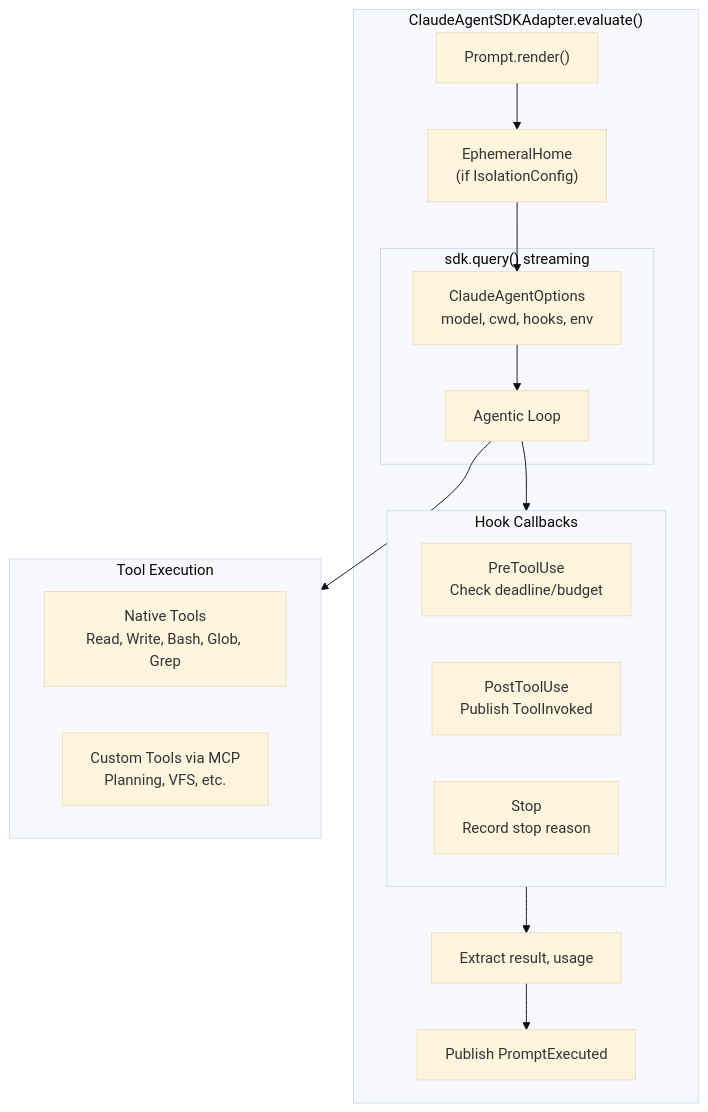
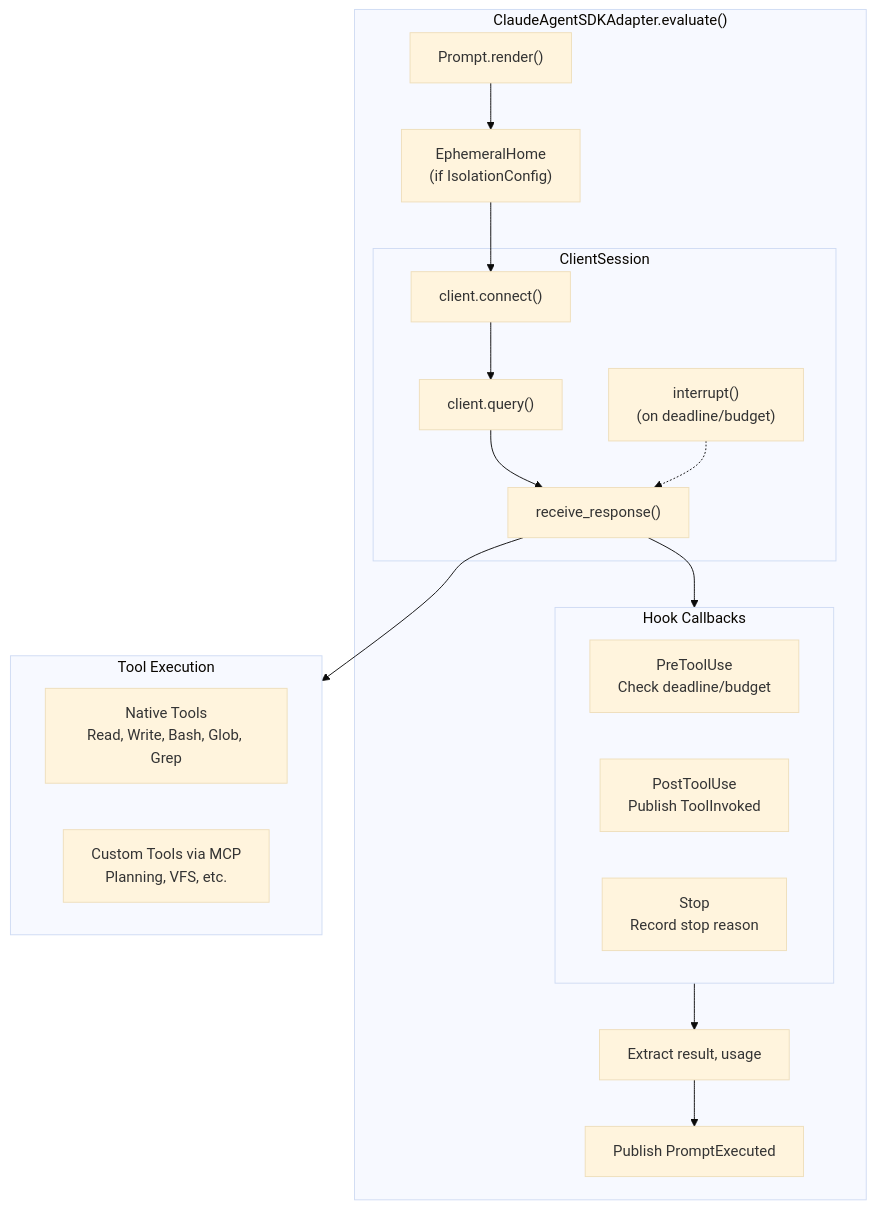
The first of 3 diagrams in specs/CLAUDE_AGENT_SDK.md (weakincentives/weakincentives), drawn with Mermaid (base theme) before and after one commit. The commit also changed other lines of this file and 5 other files, not shown here.

First line of the commit message:
Migrate Claude SDK adapter to use ClaudeSDKClient internally

````diff
--- a/specs/CLAUDE_AGENT_SDK.md
+++ b/specs/CLAUDE_AGENT_SDK.md
@@ -263,34 +271,38 @@
 ```mermaid
 flowchart TB
     subgraph Adapter["ClaudeAgentSDKAdapter.evaluate()"]
         Render["Prompt.render()"]
         Isolation["EphemeralHome<br/>(if IsolationConfig)"]
 
-        subgraph SDK["sdk.query() streaming"]
-            Options["ClaudeAgentOptions<br/>model, cwd, hooks, env"]
-            Loop["Agentic Loop"]
+        subgraph Client["ClientSession"]
+            Connect["client.connect()"]
+            Query["client.query()"]
+            Receive["receive_response()"]
+            Interrupt["interrupt()<br/>(on deadline/budget)"]
         end
 
         subgraph Hooks["Hook Callbacks"]
             PreTool["PreToolUse<br/>Check deadline/budget"]
             PostTool["PostToolUse<br/>Publish ToolInvoked"]
             Stop["Stop<br/>Record stop reason"]
         end
 
         Extract["Extract result, usage"]
         Publish["Publish PromptExecuted"]
     end
 
     subgraph Tools["Tool Execution"]
         Native["Native Tools<br/>Read, Write, Bash, Glob, Grep"]
         MCP["Custom Tools via MCP<br/>Planning, VFS, etc."]
     end
 
     Render --> Isolation
-    Isolation --> Options
-    Options --> Loop
-    Loop --> Hooks
+    Isolation --> Connect
+    Connect --> Query
+    Query --> Receive
+    Receive --> Hooks
     Hooks --> Extract
     Extract --> Publish
-    Loop --> Tools
+    Receive --> Tools
+    Interrupt -.-> Receive
 ```
````
